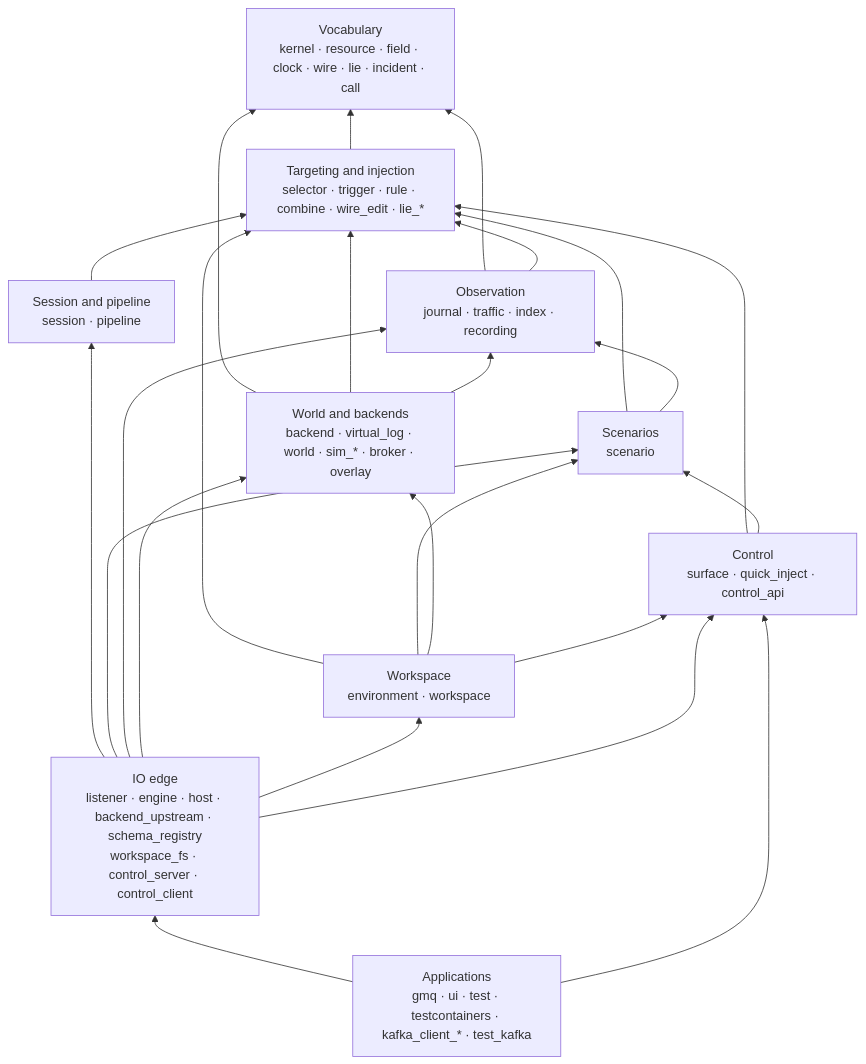
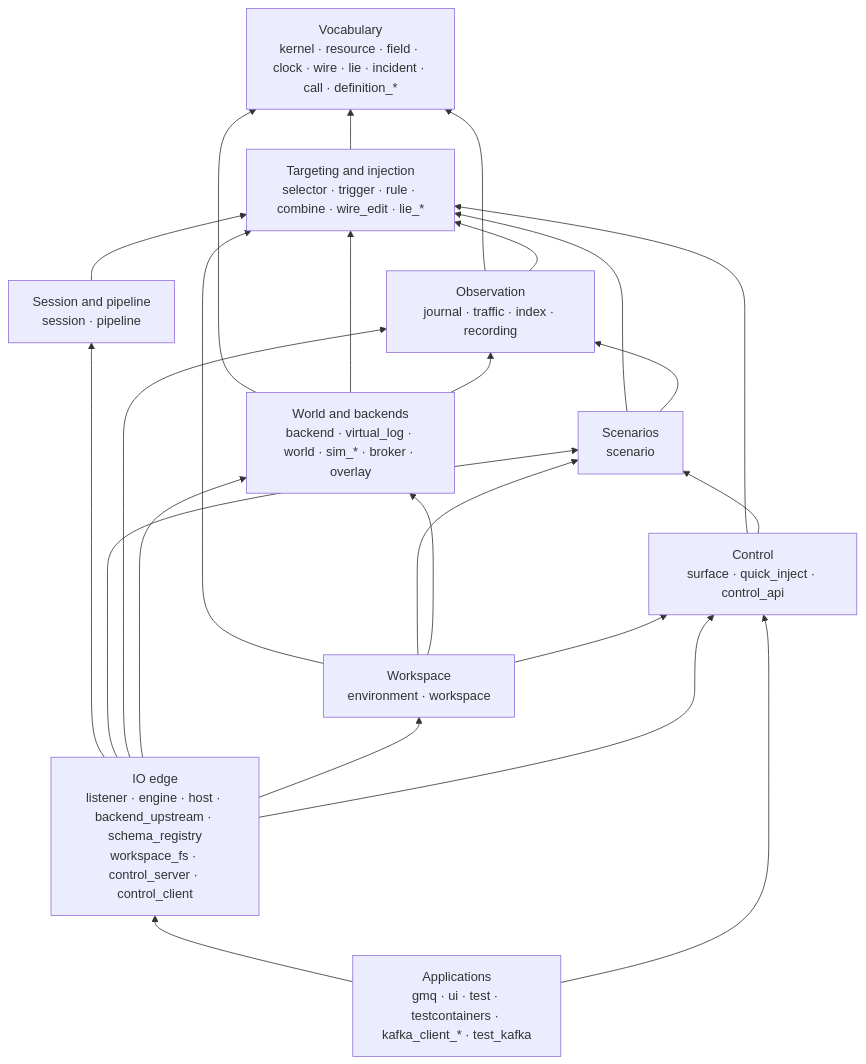
Before and after one commit to cruxy-eu/gaslightmq: the diagram in docs/specs/architecture/crates.md, drawn with Mermaid. The commit also changed other lines of this file and 73 other files, not shown here.

````diff
--- a/docs/specs/architecture/crates.md
+++ b/docs/specs/architecture/crates.md
@@ -205,37 +215,37 @@
 ```mermaid
 flowchart BT
-  V["Vocabulary<br/>kernel · resource · field · clock · wire · lie · incident · call"]
+  V["Vocabulary<br/>kernel · resource · field · clock · wire · lie · incident · call · definition_*"]
   T["Targeting and injection<br/>selector · trigger · rule · combine · wire_edit · lie_*"]
   P["Session and pipeline<br/>session · pipeline"]
   S["Scenarios<br/>scenario"]
   O["Observation<br/>journal · traffic · index · recording"]
   W["World and backends<br/>backend · virtual_log · world · sim_* · broker · overlay"]
   F["Workspace<br/>environment · workspace"]
   C["Control<br/>surface · quick_inject · control_api"]
   IO["IO edge<br/>listener · engine · host · backend_upstream · schema_registry<br/>workspace_fs · control_server · control_client"]
   A["Applications<br/>gmq · ui · test · testcontainers · kafka_client_* · test_kafka"]
 
   T --> V
   P --> T
   S --> T
   S --> O
   O --> V
   O --> T
   W --> V
   W --> T
   W --> O
   F --> T
   F --> S
   F --> W
   F --> C
   C --> T
   C --> S
   IO --> P
   IO --> S
   IO --> O
   IO --> W
   IO --> F
   IO --> C
   A --> IO
   A --> C
 ```
````
